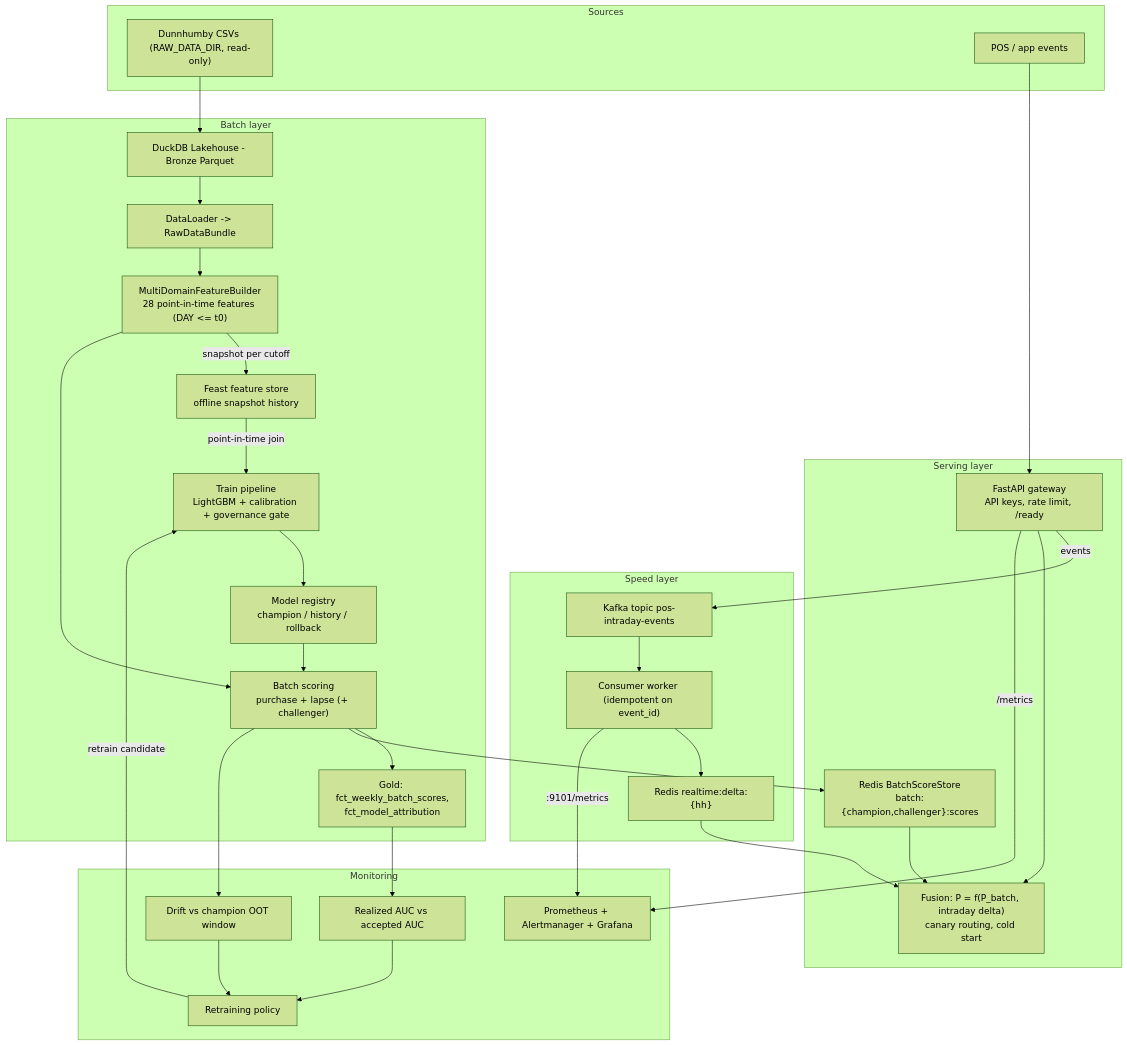
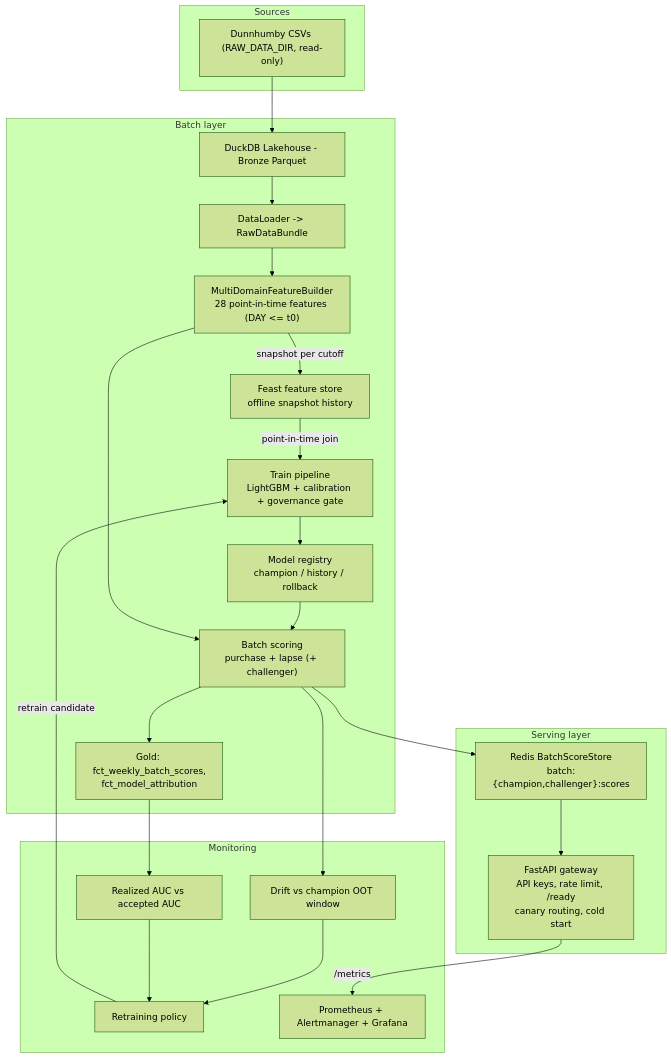
The diagram in README.md (kien3007/PropensityModel), drawn with Mermaid (forest theme) before and after one commit. The commit also changed other lines of this file and 37 other files, not shown here.

First line of the commit message:
feat!: remove the streaming (speed) layer; serve weekly batch scores only

````diff
--- a/README.md
+++ b/README.md
@@ -32,57 +31,45 @@
 ```mermaid
 flowchart TD
     subgraph Sources["Sources"]
         CSV["Dunnhumby CSVs (RAW_DATA_DIR, read-only)"]
-        POS["POS / app events"]
     end
 
     subgraph Batch["Batch layer"]
         Bronze["DuckDB Lakehouse - Bronze Parquet"]
         Loader["DataLoader -> RawDataBundle"]
         Features["MultiDomainFeatureBuilder<br/>28 point-in-time features (DAY <= t0)"]
         FS["Feast feature store<br/>offline snapshot history"]
         Train["Train pipeline<br/>LightGBM + calibration + governance gate"]
         Registry["Model registry<br/>champion / history / rollback"]
         Score["Batch scoring<br/>purchase + lapse (+ challenger)"]
         Gold["Gold: fct_weekly_batch_scores,<br/>fct_model_attribution"]
     end
 
-    subgraph Speed["Speed layer"]
-        Kafka["Kafka topic pos-intraday-events"]
-        Consumer["Consumer worker (idempotent on event_id)"]
-        Delta["Redis realtime:delta:{hh}"]
-    end
-
     subgraph Serving["Serving layer"]
         Store["Redis BatchScoreStore<br/>batch:{champion,challenger}:scores"]
-        API["FastAPI gateway<br/>API keys, rate limit, /ready"]
-        Fusion["Fusion: P = f(P_batch, intraday delta)<br/>canary routing, cold start"]
+        API["FastAPI gateway<br/>API keys, rate limit, /ready<br/>canary routing, cold start"]
     end
 
     subgraph Monitoring["Monitoring"]
         Drift["Drift vs champion OOT window"]
         Feedback["Realized AUC vs accepted AUC"]
         Policy["Retraining policy"]
         Prom["Prometheus + Alertmanager + Grafana"]
     end
 
     CSV --> Bronze --> Loader --> Features
     Features -->|snapshot per cutoff| FS
     FS -->|point-in-time join| Train
     Train --> Registry
     Registry --> Score
     Features --> Score
     Score --> Gold
     Score --> Store
-    POS --> API -->|events| Kafka --> Consumer --> Delta
-    Store --> Fusion
-    Delta --> Fusion
-    API --> Fusion
+    Store --> API
     Score --> Drift
     Gold --> Feedback
     Drift --> Policy
     Feedback --> Policy
     Policy -->|retrain candidate| Train
     API -->|/metrics| Prom
-    Consumer -->|:9101/metrics| Prom
 ```
````
